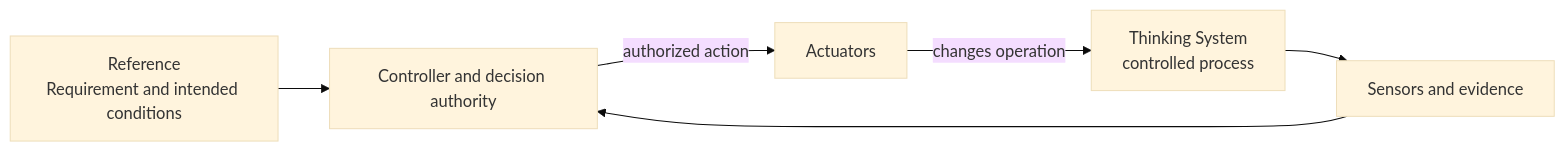
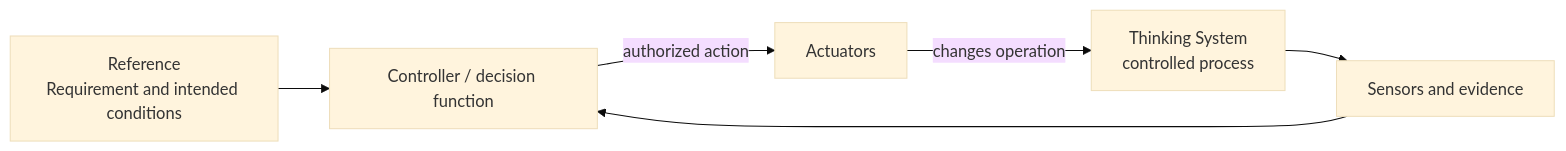
Before and after one commit to UncertaintyArchitectureGroup/uncertainty-architecture: the sixth of 15 diagrams in content/research/notes/open-engineering-specification-article-draft.md, drawn with Mermaid (base theme). The commit also changed other lines of this file and 1 other file, not shown here.

````diff
--- a/content/research/notes/open-engineering-specification-article-draft.md
+++ b/content/research/notes/open-engineering-specification-article-draft.md
@@ -360,13 +331,13 @@
 ```mermaid
 flowchart LR
     R["Reference<br/>Requirement and intended conditions"]
     P["Thinking System<br/>controlled process"]
     S["Sensors and evidence"]
-    C["Controller and decision authority"]
+    C["Controller / decision function"]
     A["Actuators"]
 
     R --> C
     P --> S --> C
     C -->|authorized action| A
     A -->|changes operation| P
 ```
````
